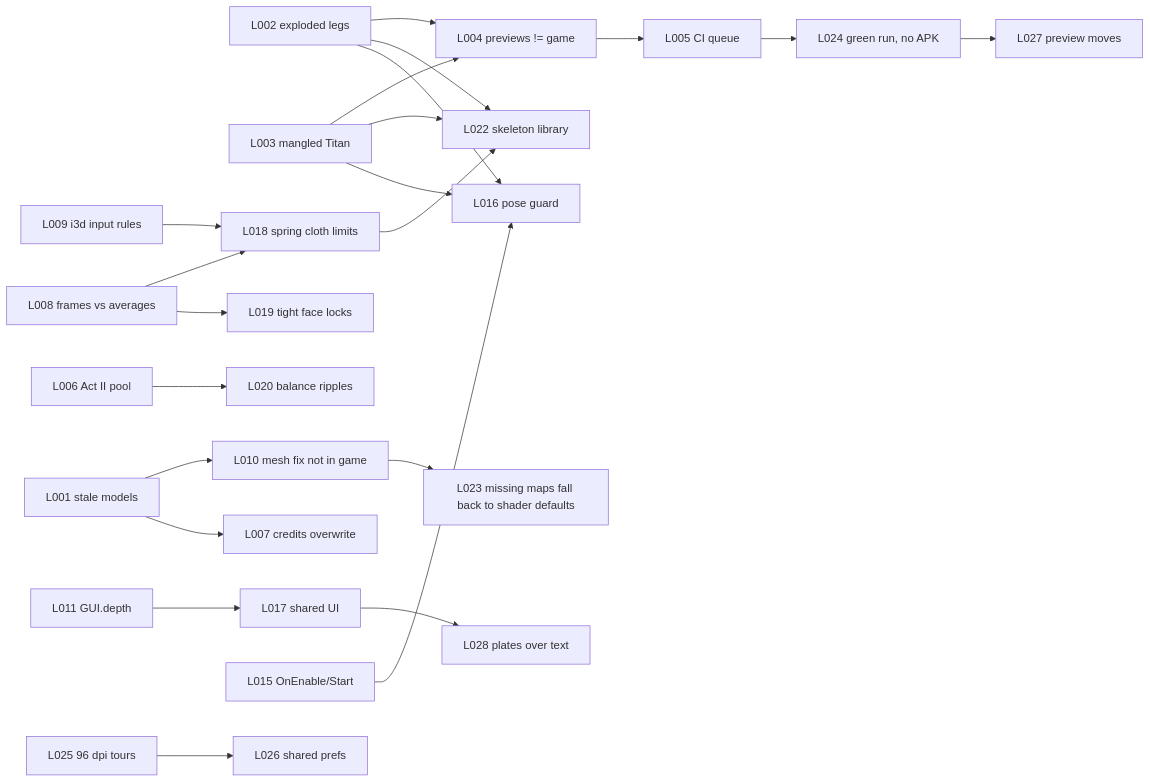
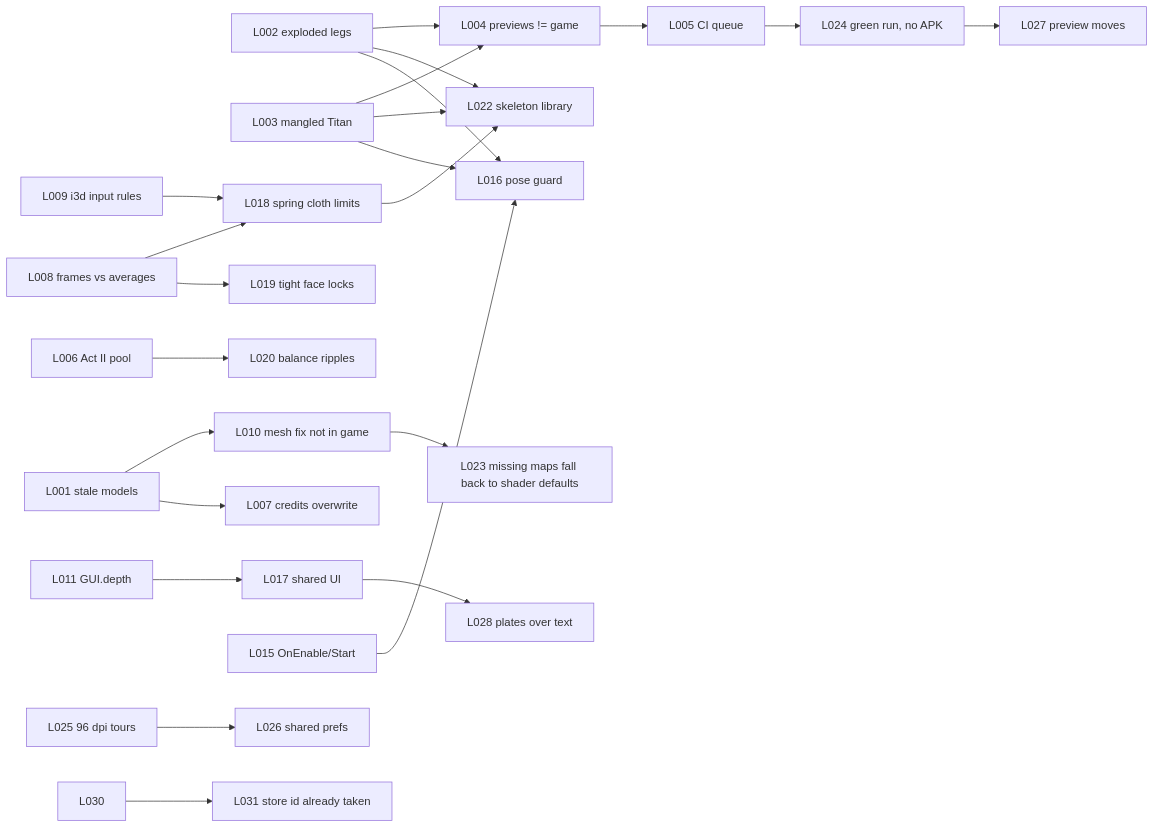
The diagram in docs/sigilbound/brain/MAP.md (eqtitan/SigilBound), drawn with Mermaid before and after one commit. The commit also changed other lines of this file and 17 other files, not shown here.

````diff
--- a/docs/sigilbound/brain/MAP.md
+++ b/docs/sigilbound/brain/MAP.md
@@ -28,24 +28,25 @@
 ```mermaid
 graph LR
   L002[L002 exploded legs] --> L016[L016 pose guard]
   L003[L003 mangled Titan] --> L016
   L002 --> L022[L022 skeleton library]
   L003 --> L022
   L018[L018 spring cloth limits] --> L022
   L004[L004 previews != game] --> L005[L005 CI queue]
   L002 --> L004
   L003 --> L004
   L001[L001 stale models] --> L007[L007 credits overwrite]
   L001 --> L010[L010 mesh fix not in game]
   L010 --> L023[L023 missing maps fall back to shader defaults]
   L006[L006 Act II pool] --> L020[L020 balance ripples]
   L008[L008 frames vs averages] --> L019[L019 tight face locks]
   L008 --> L018
   L009[L009 i3d input rules] --> L018
   L011[L011 GUI.depth] --> L017[L017 shared UI]
   L015[L015 OnEnable/Start] --> L016
   L005 --> L024[L024 green run, no APK]
   L024 --> L027[L027 preview moves]
   L025[L025 96 dpi tours] --> L026[L026 shared prefs]
   L017 --> L028[L028 plates over text]
+  L030 --> L031[L031 store id already taken]
 ```
````
